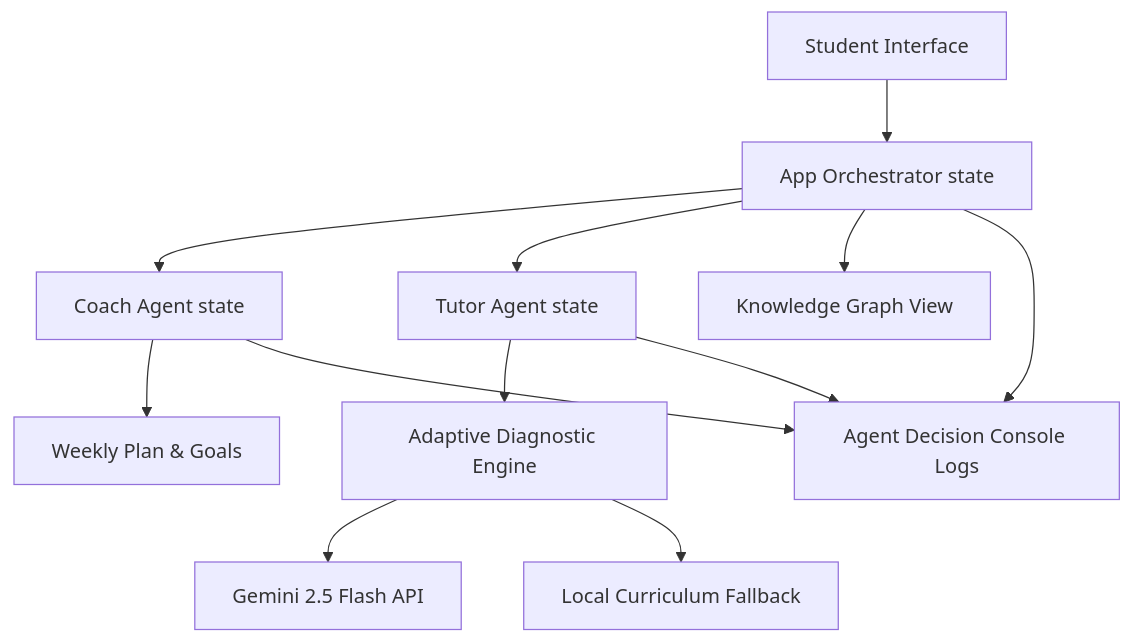
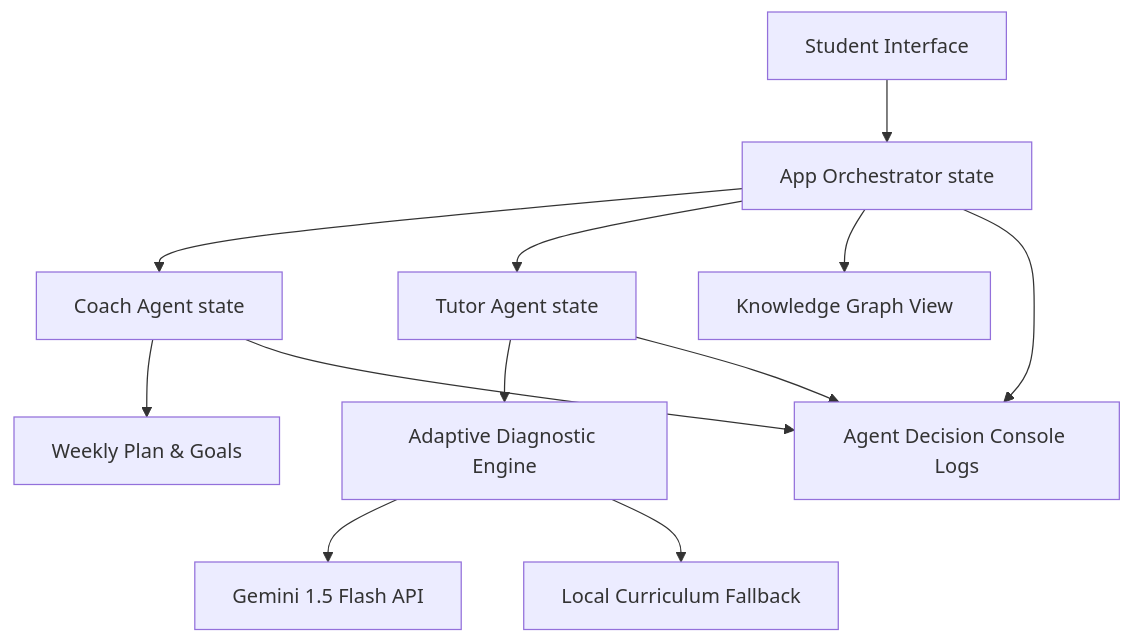
One commit to RaghavParasher/acesat-agent changed the diagram in README.md. Above: the diagram before and after it, drawn with Mermaid. The commit also changed other lines of this file, not shown here.

````diff
--- a/README.md
+++ b/README.md
@@ -34,16 +39,16 @@
 ```mermaid
 graph TD
     A[Student Interface] --> B[App Orchestrator state]
     B --> C[Coach Agent state]
     B --> D[Tutor Agent state]
     B --> E[Knowledge Graph View]
     
     C --> F[Weekly Plan & Goals]
     D --> G[Adaptive Diagnostic Engine]
-    G --> H[Gemini 2.5 Flash API]
+    G --> H[Gemini 1.5 Flash API]
     G --> I[Local Curriculum Fallback]
     
     B --> J[Agent Decision Console Logs]
     D --> J
     C --> J
 ```
````
